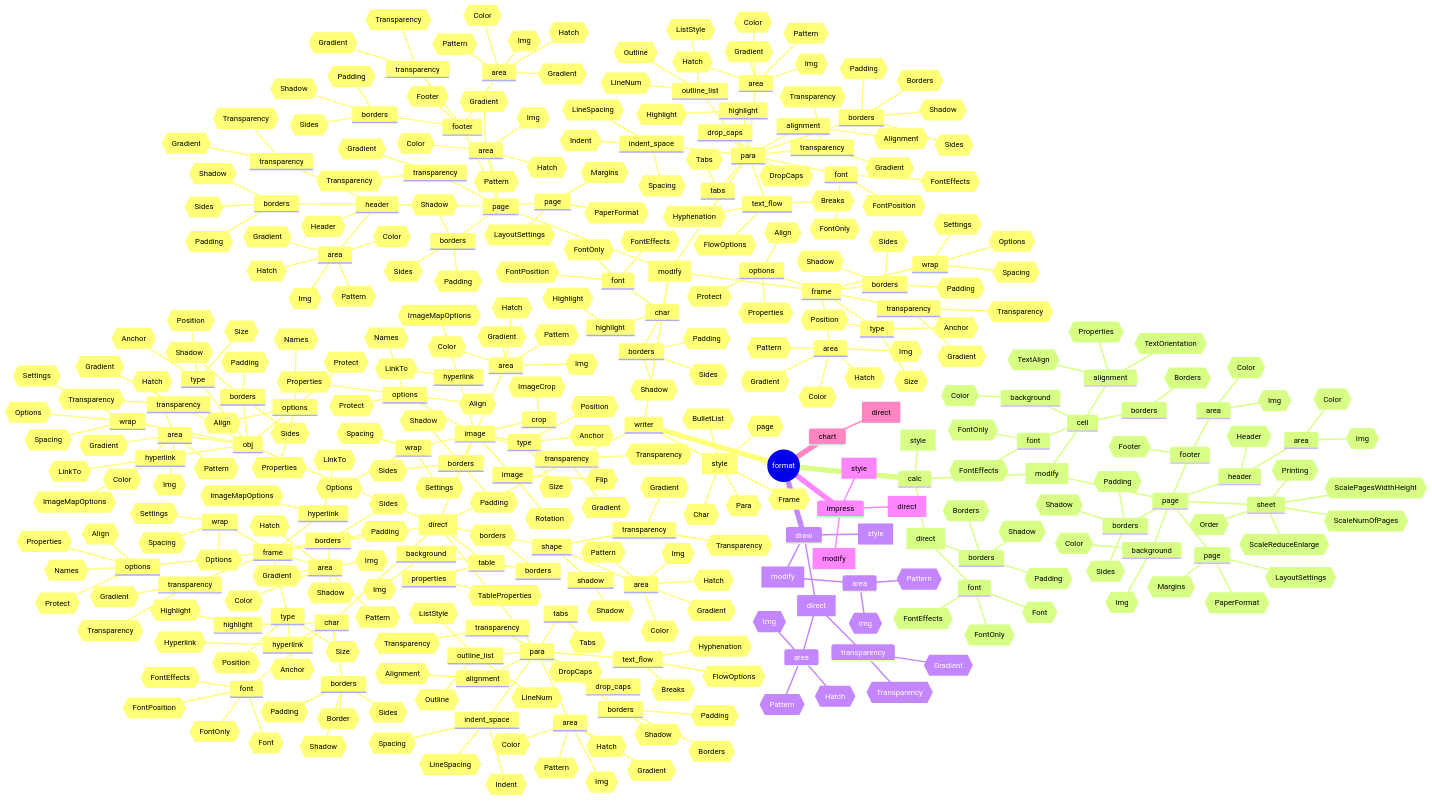
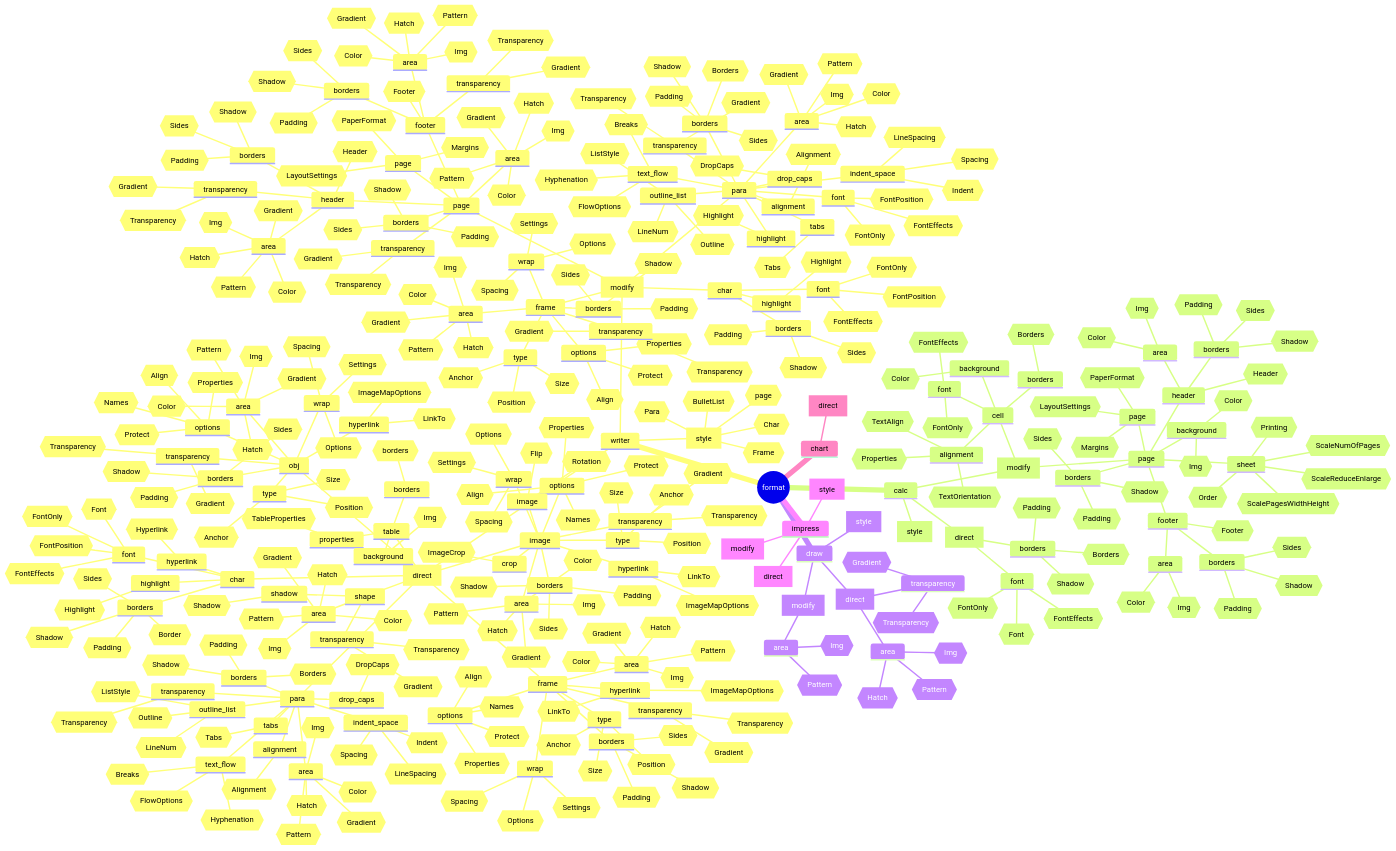
Before and after one commit to Amourspirit/python_ooo_dev_tools: the diagram in ooodev/format/readme.md, drawn with Mermaid. The commit also changed 22 other files, not shown here.

```diff
--- a/ooodev/format/readme.md
+++ b/ooodev/format/readme.md
@@ -337,11 +337,19 @@
                         area
                             id{{Color}}
                             id{{Img}}
+                        borders
+                            id{{Padding}}
+                            id{{Shadow}}
+                            id{{Sides}}
                     footer
                         id{{Footer}}
                         area
                             id{{Color}}
                             id{{Img}}
+                        borders
+                            id{{Padding}}
+                            id{{Shadow}}
+                            id{{Sides}}
                     sheet
                         id{{Order}}
                         id{{Printing}}
```
